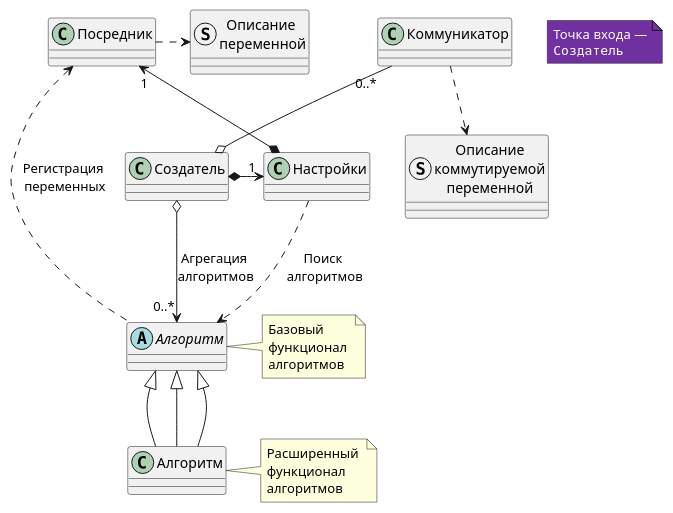
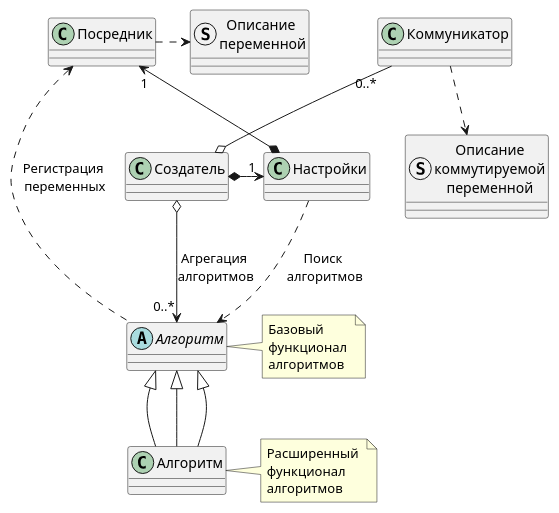
The diagram in _documentation/plantuml/ус+mpi.wsd (Di0nisP/SR_ctl-remake), drawn with PlantUML before and after one commit. The commit also changed 125 other files, not shown here.

```diff
--- a/_documentation/plantuml/ус+mpi.wsd
+++ b/_documentation/plantuml/ус+mpi.wsd
@@ -1,29 +1,29 @@
 @startuml simple+mpi
+skinparam BackgroundColor transparent
 skinparam groupInheritance 4
 
 class "Коммуникатор" as Link_MPI
 struct "Описание\nкоммутируемой\nпеременной" as link_var_discriptor
 struct "Описание \nпеременной" as SR_var_descriptor
 class "Посредник" as SR_var_list
 class "Настройки" as SR_Settings 
 abstract "Алгоритм" as SR_calc_proc 
 note right of SR_calc_proc : Базовый \nфункционал \nалгоритмов
 class "Алгоритм" as SR_auto_ctl
 note right of SR_auto_ctl : Расширенный \nфункционал \nалгоритмов
 class "Создатель" as SR_ctl_type
-note "<color:white>Точка входа —</color>\n<font:monospaced><color:white>Создатель</color></font>" as N0 #7030a0
 
 SR_ctl_type o-up- "0..*" Link_MPI
 Link_MPI ..> link_var_discriptor
 SR_var_list .right.> SR_var_descriptor
 SR_ctl_type *-right-> "1" SR_Settings
 SR_Settings *-up-> "1" SR_var_list
 SR_Settings ..> SR_calc_proc : Поиск \nалгоритмов
 SR_ctl_type o--> "0..*" SR_calc_proc : Агрегация \nалгоритмов
 SR_var_list <.. SR_calc_proc : Регистрация \nпеременных
 
 SR_calc_proc <|-- SR_auto_ctl
 SR_calc_proc <|-- SR_auto_ctl
 SR_calc_proc <|-- SR_auto_ctl
 
 @enduml
```
